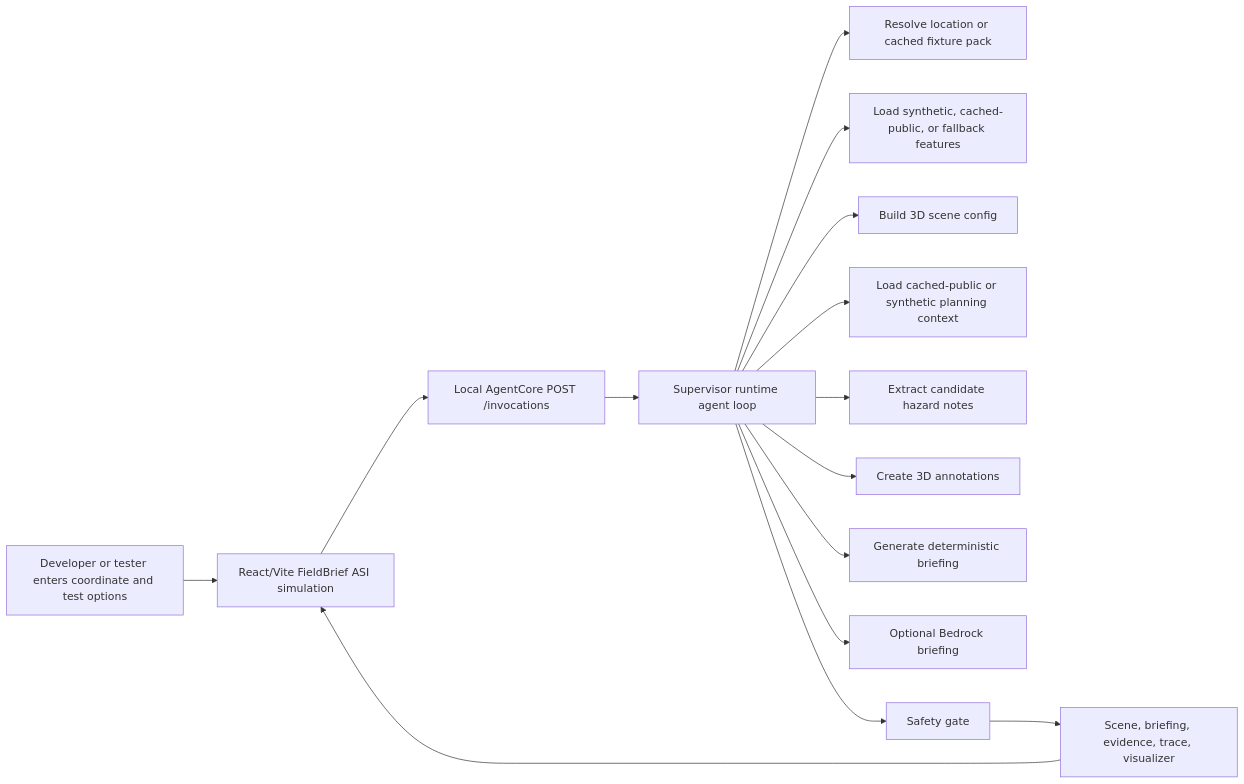
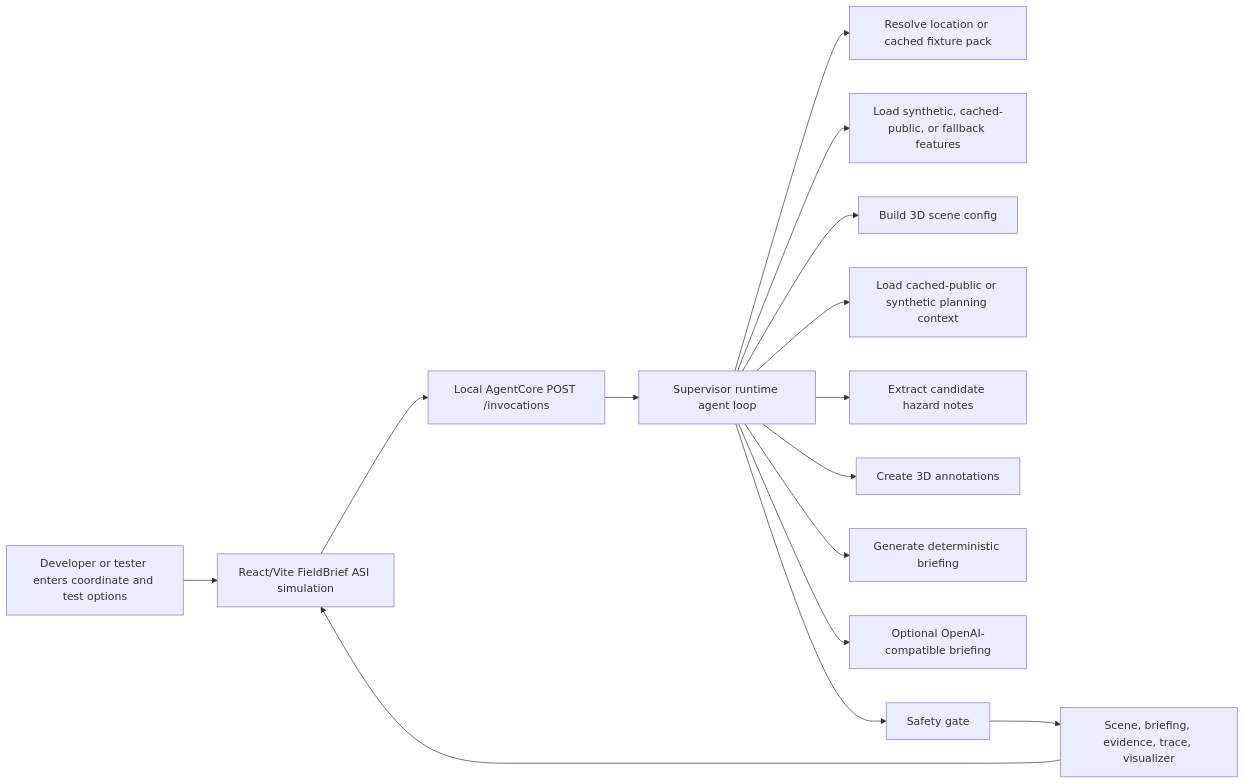
Before and after one commit to Capitano00/3D-RAMS: the first of 9 diagrams in docs/architecture.md, drawn with Mermaid. The commit also changed other lines of this file and 43 other files, not shown here.

Commit message:
Implement #70: Migrate live model path from Bedrock to OpenAI-compatible hosted gateway

````diff
--- a/docs/architecture.md
+++ b/docs/architecture.md
@@ -9,17 +9,17 @@
 ```mermaid
 flowchart LR
     User["Developer or tester enters coordinate and test options"] --> UI["React/Vite FieldBrief ASI simulation"]
     UI --> API["Local AgentCore POST /invocations"]
     API --> Agent["Supervisor runtime agent loop"]
     Agent --> Locate["Resolve location or cached fixture pack"]
     Agent --> Geo["Load synthetic, cached-public, or fallback features"]
     Agent --> Scene["Build 3D scene config"]
     Agent --> Planning["Load cached-public or synthetic planning context"]
     Agent --> Hazards["Extract candidate hazard notes"]
     Agent --> Annotations["Create 3D annotations"]
     Agent --> Brief["Generate deterministic briefing"]
-    Agent --> BedrockBrief["Optional Bedrock briefing"]
+    Agent --> LiveBrief["Optional OpenAI-compatible briefing"]
     Agent --> Safety["Safety gate"]
     Safety --> Output["Scene, briefing, evidence, trace, visualizer"]
     Output --> UI
 ```
````
